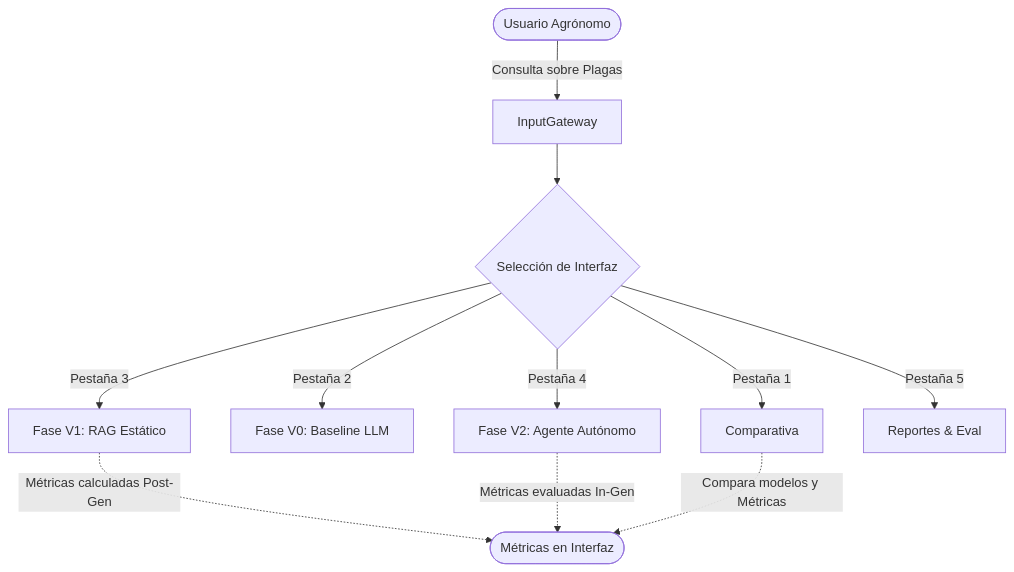
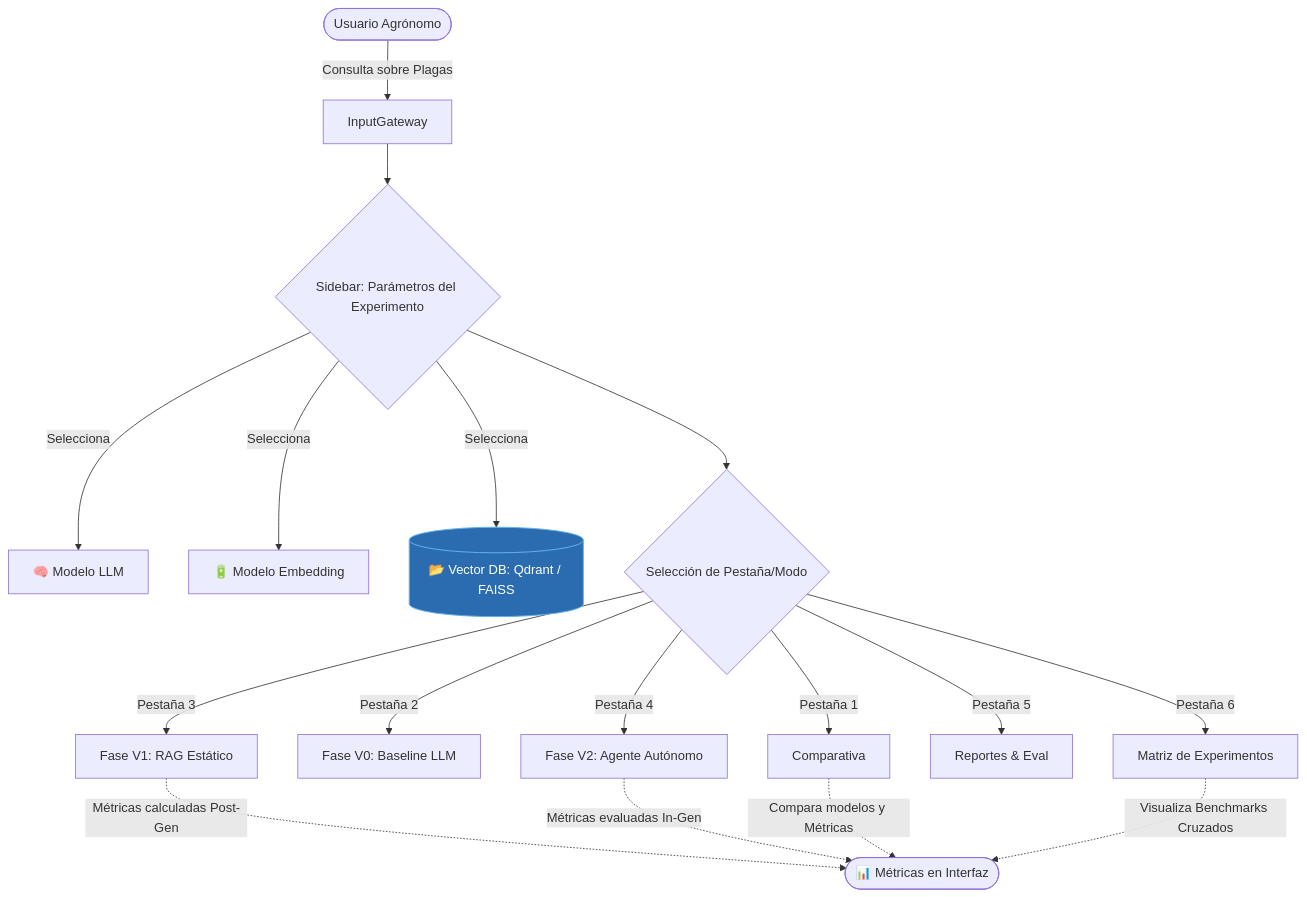
The second of 6 diagrams in docs/Documentation.md (AlexPrietoRomani/TFM-allucination), drawn with Mermaid before and after one commit. The commit also changed other lines of this file, not shown here.

Commit message:
docs: actualiza diagramas de enrutamiento y matriz de experimentos

````diff
--- a/docs/Documentation.md
+++ b/docs/Documentation.md
@@ -72,16 +91,26 @@
 ```mermaid
 graph TD
     User([Usuario Agrónomo]) -->|Consulta sobre Plagas| InputGateway
-    InputGateway --> Router{Selección de Interfaz}
+    InputGateway --> Sidebar{Sidebar: Parámetros del Experimento}
+    
+    Sidebar -->|Selecciona| LLM[🧠 Modelo LLM]
+    Sidebar -->|Selecciona| Embedding[🔋 Modelo Embedding]
+    Sidebar -->|Selecciona| DB[(📂 Vector DB: Qdrant / FAISS)]:::db
+
+    Sidebar --> Router{Selección de Pestaña/Modo}
 
     Router -->|Pestaña 1| FlowComp[Comparativa]
     Router -->|Pestaña 2| FlowV0[Fase V0: Baseline LLM]
     Router -->|Pestaña 3| FlowV1[Fase V1: RAG Estático]
     Router -->|Pestaña 4| FlowV2[Fase V2: Agente Autónomo]
     Router -->|Pestaña 5| FlowRep[Reportes & Eval]
+    Router -->|Pestaña 6| FlowMatrix[Matriz de Experimentos]
     
     %% Indicación global de Métricas
-    FlowV1 -.-> |Métricas calculadas Post-Gen| MetricsUI([Métricas en Interfaz])
+    FlowV1 -.-> |Métricas calculadas Post-Gen| MetricsUI([📊 Métricas en Interfaz])
     FlowV2 -.-> |Métricas evaluadas In-Gen| MetricsUI
     FlowComp -.-> |Compara modelos y Métricas| MetricsUI
+    FlowMatrix -.-> |Visualiza Benchmarks Cruzados| MetricsUI
+
+    classDef db fill:#2b6cb0,stroke:#63b3ed,stroke-width:1.2px,color:#fff;
 ```
````
